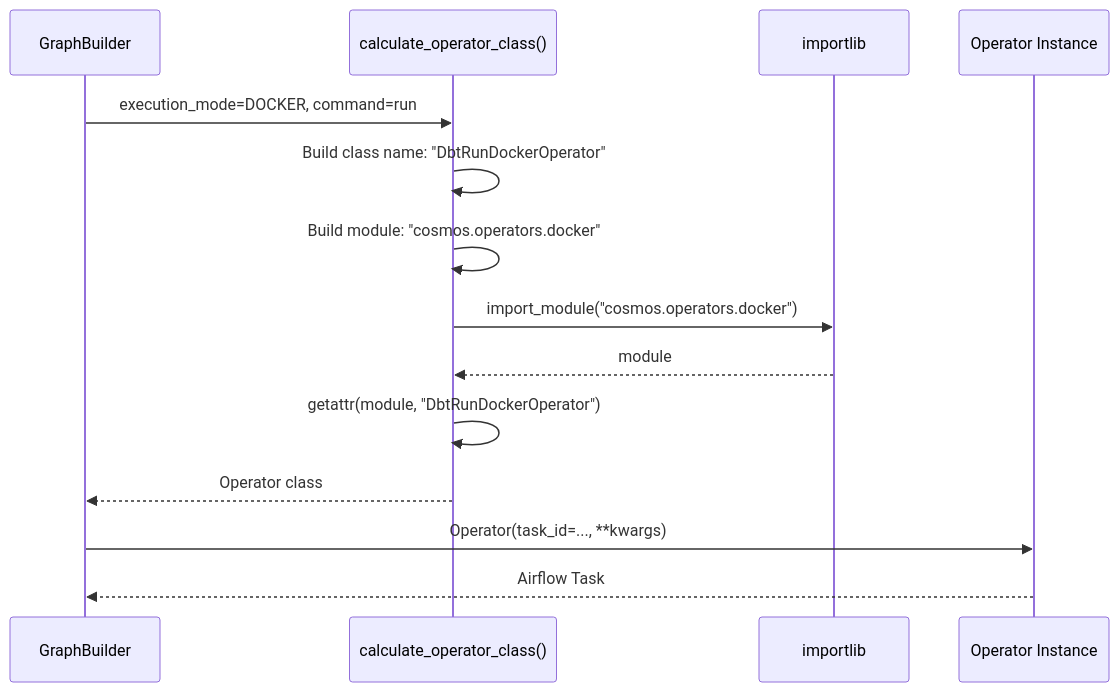
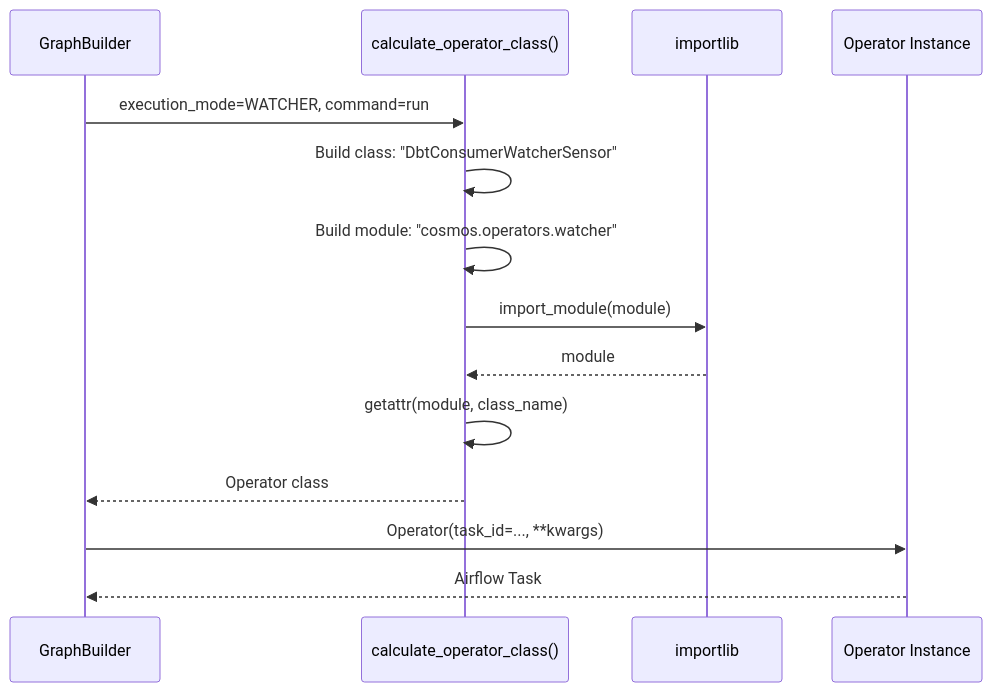
One commit to josix/astronomer-cosmos changed the fifth of 28 diagrams in docs/ARCHITECTURE.md. Above: the diagram before and after it, drawn with Mermaid. The commit also changed other lines of this file, not shown here.

First line of the commit message:
docs: Update architecture documentation with v1.12 features

````diff
--- a/docs/ARCHITECTURE.md
+++ b/docs/ARCHITECTURE.md
@@ -296,17 +357,17 @@
 ```mermaid
 sequenceDiagram
     participant GB as GraphBuilder
     participant CM as calculate_operator_class()
     participant IL as importlib
     participant OP as Operator Instance
 
-    GB->>CM: execution_mode=DOCKER, command=run
-    CM->>CM: Build class name: "DbtRunDockerOperator"
-    CM->>CM: Build module: "cosmos.operators.docker"
-    CM->>IL: import_module("cosmos.operators.docker")
+    GB->>CM: execution_mode=WATCHER, command=run
+    CM->>CM: Build class: "DbtConsumerWatcherSensor"
+    CM->>CM: Build module: "cosmos.operators.watcher"
+    CM->>IL: import_module(module)
     IL-->>CM: module
-    CM->>CM: getattr(module, "DbtRunDockerOperator")
+    CM->>CM: getattr(module, class_name)
     CM-->>GB: Operator class
     GB->>OP: Operator(task_id=..., **kwargs)
     OP-->>GB: Airflow Task
 ```
````
